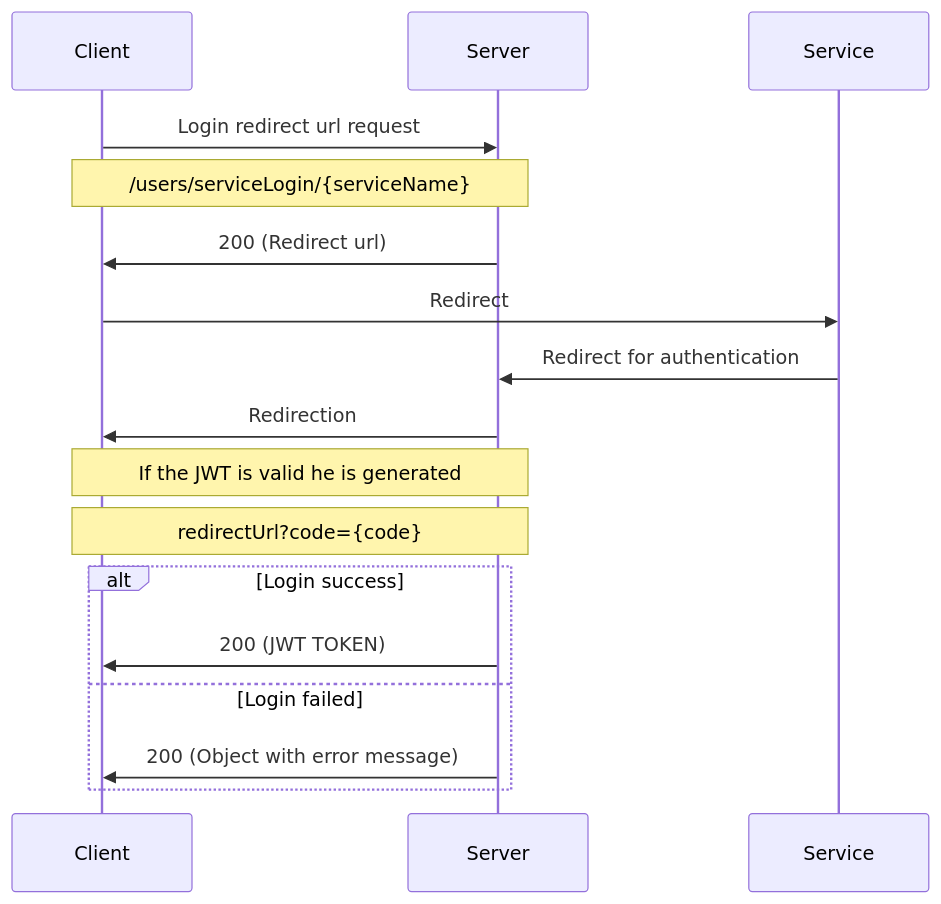
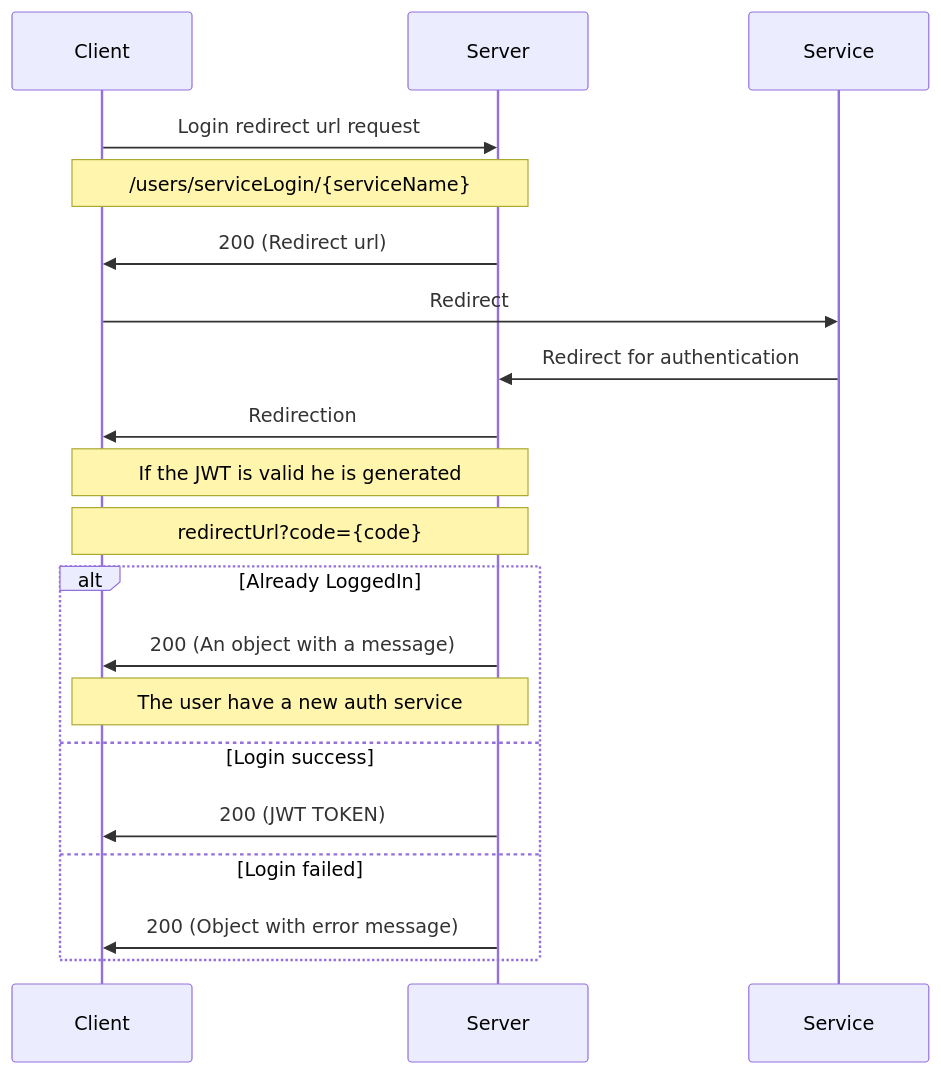
One commit to briangtn/B12AREA changed the diagram in docs/server/createAuthService.md. Above: the diagram before and after it, drawn with Mermaid. The commit also changed other lines of this file, not shown here.

Commit message:
+ Adding new case of auth service route calling to doc

````diff
--- a/docs/server/createAuthService.md
+++ b/docs/server/createAuthService.md
@@ -52,22 +60,25 @@
 ```mermaid
 sequenceDiagram
     participant Client
     participant Server
     participant Service
 
     Client ->> Server: Login redirect url request
     Note over Client, Server: /users/serviceLogin/{serviceName}
     Server ->> Client: 200 (Redirect url)
     Client ->> Service: Redirect
     Service ->> Server: Redirect for authentication
     Server ->> Client: Redirection
     Note over Server,Client: If the JWT is valid he is generated
     Note over Server,Client: redirectUrl?code={code}
 
-    alt Login success
+    alt Already LoggedIn
+        Server ->> Client: 200 (An object with a message)
+        Note over Server,Client: The user have a new auth service
+    else Login success
         Server ->> Client: 200 (JWT TOKEN)
     else Login failed
         Server ->> Client: 200 (Object with error message)
     end
 
 ```
````
